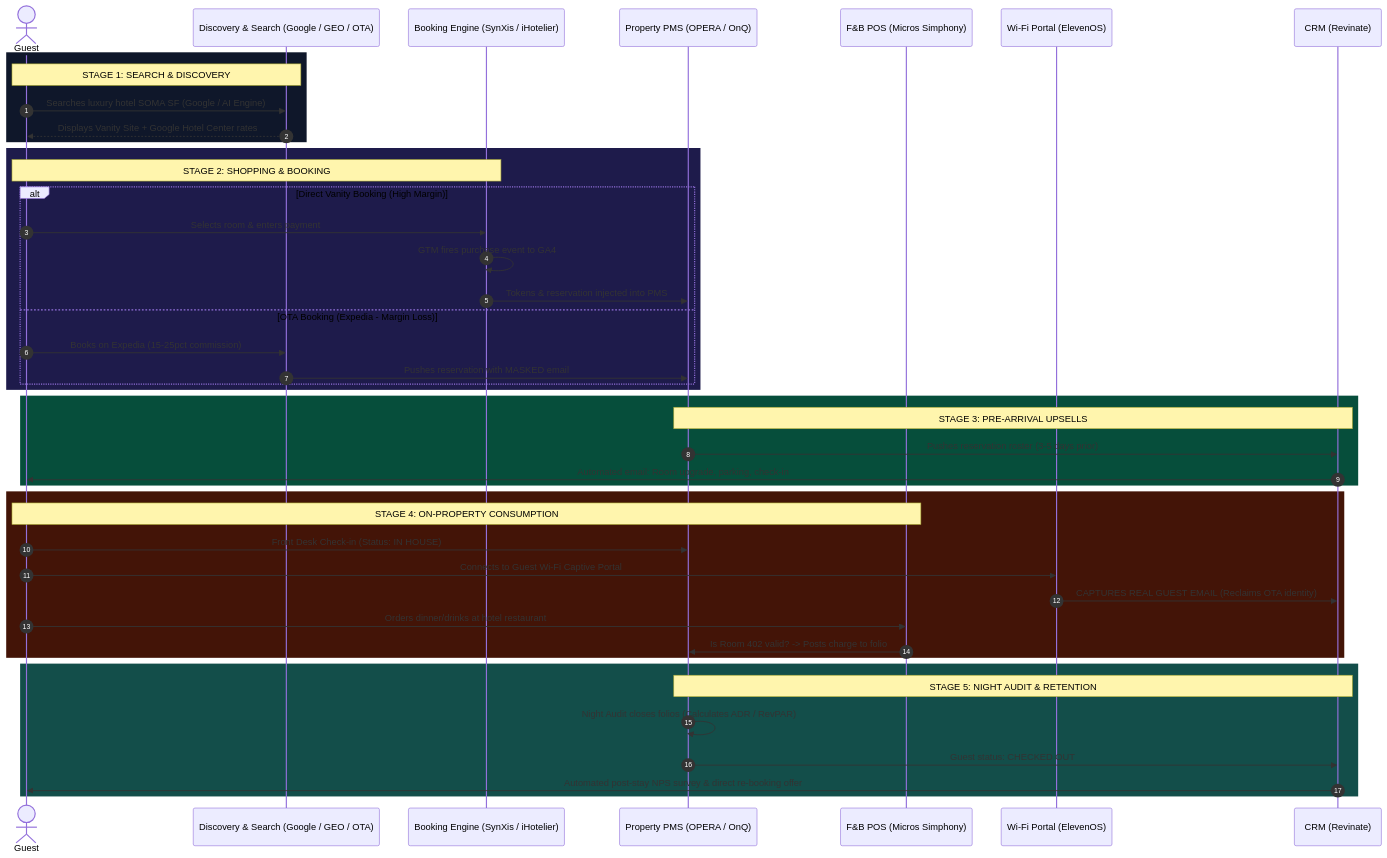
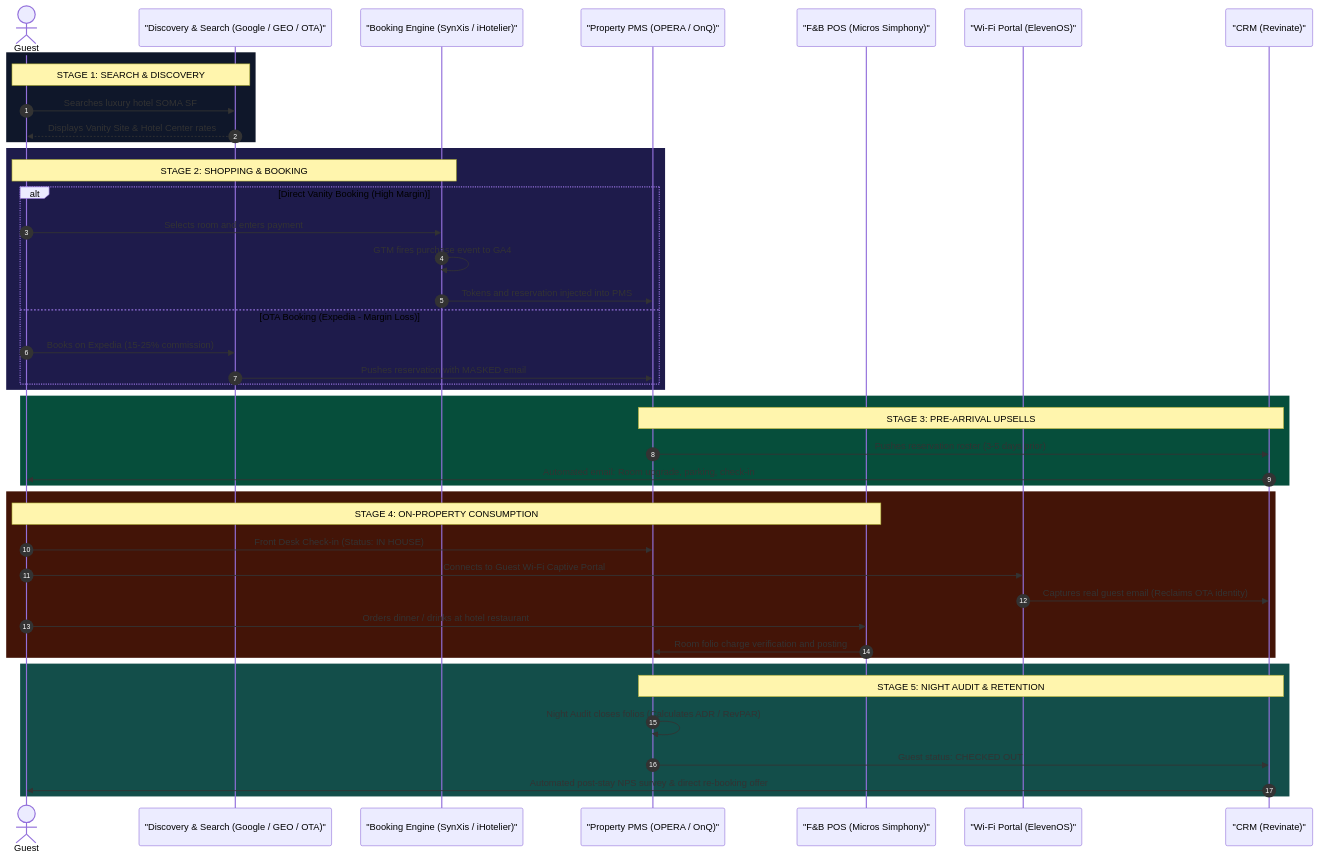
One commit to dkellam44/bv-stanford.github.io changed the diagram in stanford-customer-journey-telemetry.mmd. Above: the diagram before and after it, drawn with Mermaid. The commit also changed 2 other files, not shown here.

Commit message:
fix: strictly quote all node labels and fix reverse arrow syntax in mermaid

```diff
--- a/stanford-customer-journey-telemetry.mmd
+++ b/stanford-customer-journey-telemetry.mmd
@@ -1,49 +1,49 @@
 sequenceDiagram
     autonumber
     actor Guest
-    participant Web as Discovery & Search (Google / GEO / OTA)
-    participant Booking as Booking Engine (SynXis / iHotelier)
-    participant PMS as Property PMS (OPERA / OnQ)
-    participant POS as F&B POS (Micros Simphony)
-    participant WiFi as Wi-Fi Portal (ElevenOS)
-    participant CRM as CRM (Revinate)
+    participant Web as "Discovery & Search (Google / GEO / OTA)"
+    participant Booking as "Booking Engine (SynXis / iHotelier)"
+    participant PMS as "Property PMS (OPERA / OnQ)"
+    participant POS as "F&B POS (Micros Simphony)"
+    participant WiFi as "Wi-Fi Portal (ElevenOS)"
+    participant CRM as "CRM (Revinate)"
 
     rect rgb(15, 23, 42)
     Note over Guest,Web: STAGE 1: SEARCH & DISCOVERY
-    Guest->>Web: Searches luxury hotel SOMA SF (Google / AI Engine)
-    Web-->>Guest: Displays Vanity Site + Google Hotel Center rates
+    Guest->>Web: Searches luxury hotel SOMA SF
+    Web-->>Guest: Displays Vanity Site & Hotel Center rates
     end
 
     rect rgb(30, 27, 75)
     Note over Guest,Booking: STAGE 2: SHOPPING & BOOKING
     alt Direct Vanity Booking (High Margin)
-        Guest->>Booking: Selects room & enters payment
+        Guest->>Booking: Selects room and enters payment
         Booking->>Booking: GTM fires purchase event to GA4
-        Booking->>PMS: Tokens & reservation injected into PMS
+        Booking->>PMS: Tokens and reservation injected into PMS
     else OTA Booking (Expedia - Margin Loss)
-        Guest->>Web: Books on Expedia (15-25pct commission)
+        Guest->>Web: Books on Expedia (15-25% commission)
         Web->>PMS: Pushes reservation with MASKED email
     end
     end
 
     rect rgb(6, 78, 59)
     Note over PMS,CRM: STAGE 3: PRE-ARRIVAL UPSELLS
     PMS->>CRM: Pushes reservation roster (3-5 days prior)
     CRM->>Guest: Automated email: Room upgrade, parking, check-in
     end
 
     rect rgb(67, 20, 7)
     Note over Guest,POS: STAGE 4: ON-PROPERTY CONSUMPTION
     Guest->>PMS: Front Desk Check-in (Status: IN HOUSE)
     Guest->>WiFi: Connects to Guest Wi-Fi Captive Portal
-    WiFi->>CRM: CAPTURES REAL GUEST EMAIL (Reclaims OTA identity)
-    Guest->>POS: Orders dinner/drinks at hotel restaurant
-    POS->>PMS: Is Room 402 valid? -> Posts charge to folio
+    WiFi->>CRM: Captures real guest email (Reclaims OTA identity)
+    Guest->>POS: Orders dinner / drinks at hotel restaurant
+    POS->>PMS: Room folio charge verification and posting
     end
 
     rect rgb(19, 78, 74)
     Note over PMS,CRM: STAGE 5: NIGHT AUDIT & RETENTION
     PMS->>PMS: Night Audit closes folios (Calculates ADR / RevPAR)
     PMS->>CRM: Guest status: CHECKED OUT
     CRM->>Guest: Automated post-stay NPS survey & direct re-booking offer
     end
```
